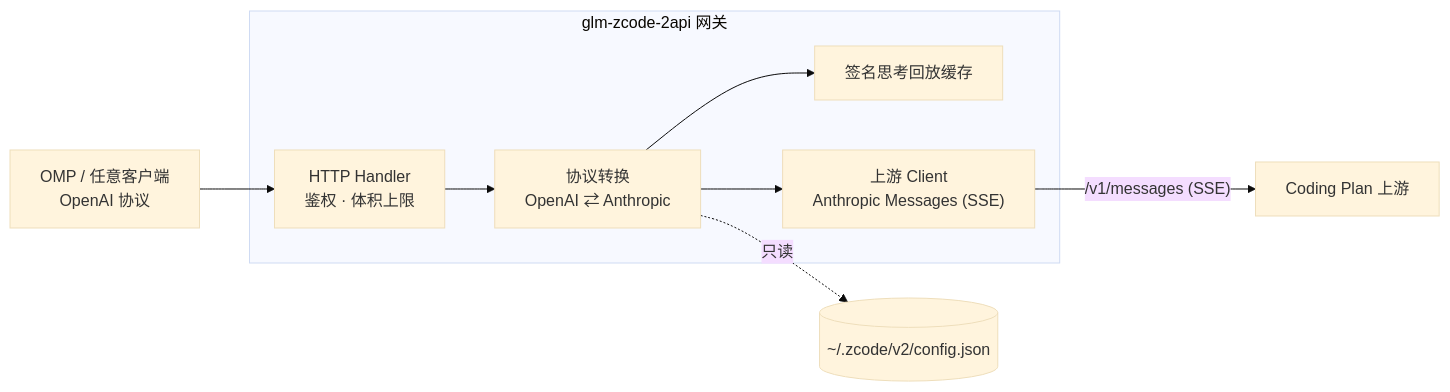
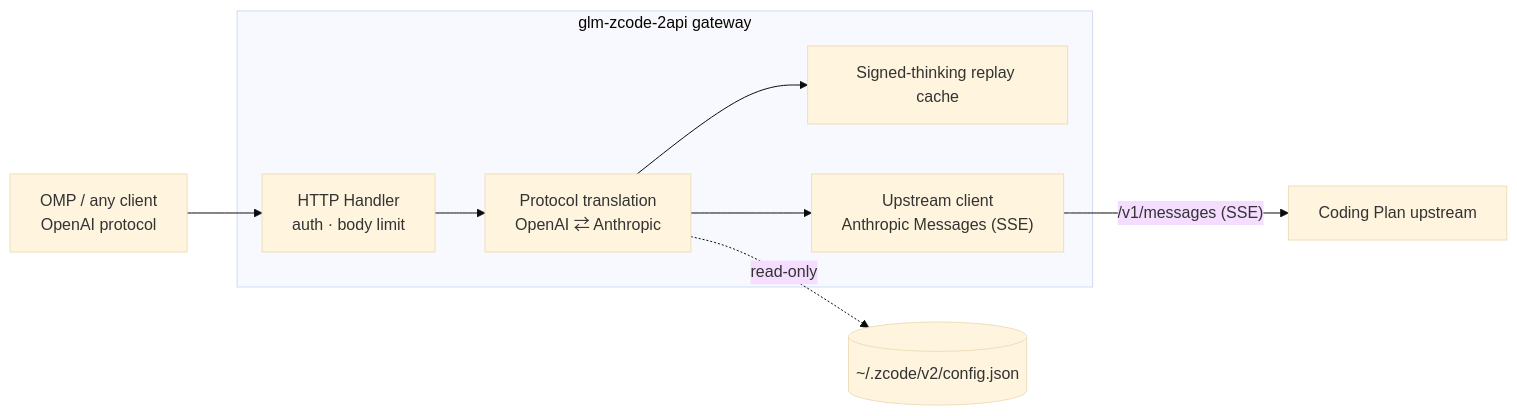
One commit to binggao1230/glm-zcode-2api changed the diagram in README.md. Above: the diagram before and after it, drawn with Mermaid (base theme). The commit also changed other lines of this file and 3 other files, not shown here.

````diff
--- a/README.md
+++ b/README.md
@@ -128,13 +128,13 @@
 ```mermaid
 flowchart LR
-    Client["OMP / 任意客户端<br>OpenAI 协议"] --> H
+    Client["OMP / any client<br>OpenAI protocol"] --> H
 
-    subgraph GW["glm-zcode-2api 网关"]
-        H["HTTP Handler<br>鉴权 · 体积上限"] --> C["协议转换<br>OpenAI ⇄ Anthropic"]
-        C --> R["签名思考回放缓存"]
-        C --> U["上游 Client<br>Anthropic Messages (SSE)"]
+    subgraph GW["glm-zcode-2api gateway"]
+        H["HTTP Handler<br>auth · body limit"] --> C["Protocol translation<br>OpenAI ⇄ Anthropic"]
+        C --> R["Signed-thinking replay cache"]
+        C --> U["Upstream client<br>Anthropic Messages (SSE)"]
     end
 
-    C -. "只读" .-> CFG[("~/.zcode/v2/config.json")]
-    U -->|"/v1/messages (SSE)"| UP["Coding Plan 上游"]
+    C -. "read-only" .-> CFG[("~/.zcode/v2/config.json")]
+    U -->|"/v1/messages (SSE)"| UP["Coding Plan upstream"]
 ```
````
